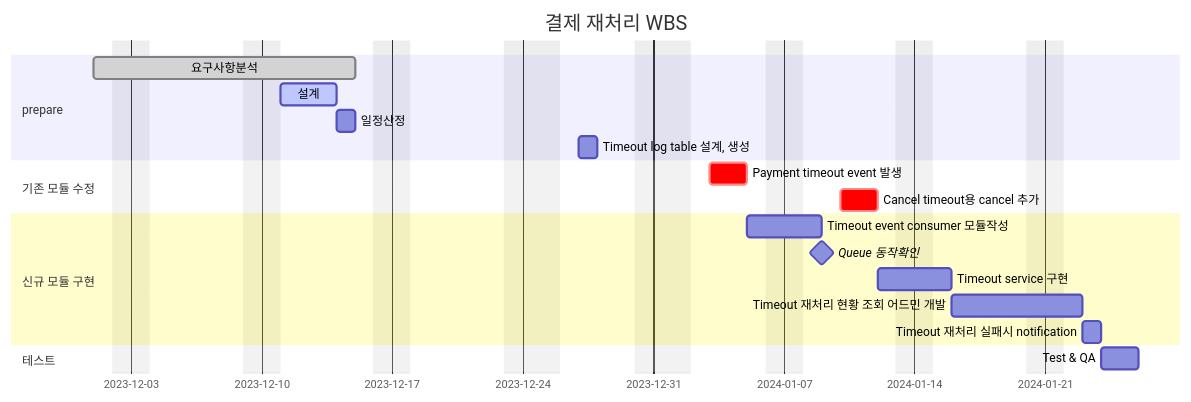
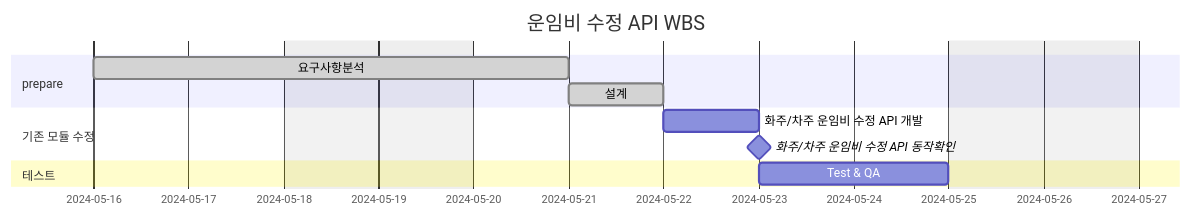
One commit to kimho314/career-wbs changed the fifth of 5 diagrams in WBS-kimho314.md. Above: the diagram before and after it, drawn with Mermaid. The commit also changed other lines of this file, not shown here.

Commit message:
gantt차트 추가

````diff
--- a/WBS-kimho314.md
+++ b/WBS-kimho314.md
@@ -231,28 +205,20 @@
 ```mermaid
 gantt
     dateFormat  YYYY-MM-DD
-    title       결제 재처리 WBS
-    excludes    weekends, 2023-12-25, 2024-01-01
+    title       운임비 수정 API WBS
+    excludes    weekends
     %% (`excludes` accepts specific dates in YYYY-MM-DD format, days of the week ("sunday") or "weekends", but not the word "weekdays".)
 
     section prepare
-    요구사항분석                    :done,    des1, 2023-12-01, 10d
-    설계                            :active,  des2, 2023-12-11, 3d
-    일정산정                        :         des3, after des2, 1d
-    Timeout log table 설계, 생성    :       des4, 2023-12-27, 1d
+    요구사항분석                     :done,  des1, 2024-05-16, 3d
+    설계                            :done,  des2, 2024-05-21, 1d
+
 
     section 기존 모듈 수정
-    Payment timeout event 발생          :crit, b1, 2024-01-03,2d
-    Cancel timeout용 cancel 추가        :crit, b2, 2024-01-10, 2d
-
-    section 신규 모듈 구현
-    Timeout event consumer 모듈작성    :c1, after b1, 2d
-    Queue 동작확인                      :milestone, after c1, 0d
-    Timeout service 구현                  :c2, after b2  , 2d
-    Timeout 재처리 현황 조회 어드민 개발    :c3, after c2  , 5d
-    Timeout 재처리 실패시 notification     : c4, after c3, 1d
+    화주/차주 운임비 수정 API 개발    :crit   c1 , 2024-05-22, 1d
+    화주/차주 운임비 수정 API 동작확인     :milestone,2024-05-23, 0d
 
     section 테스트
-    Test & QA                           :after c4, 2d
+    Test & QA                        :2024-05-23, 2d
 
 ```
````
